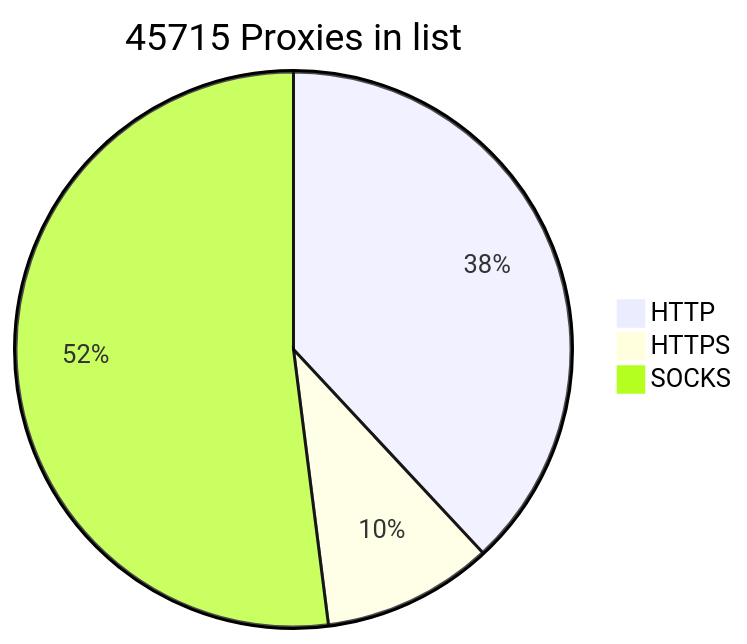
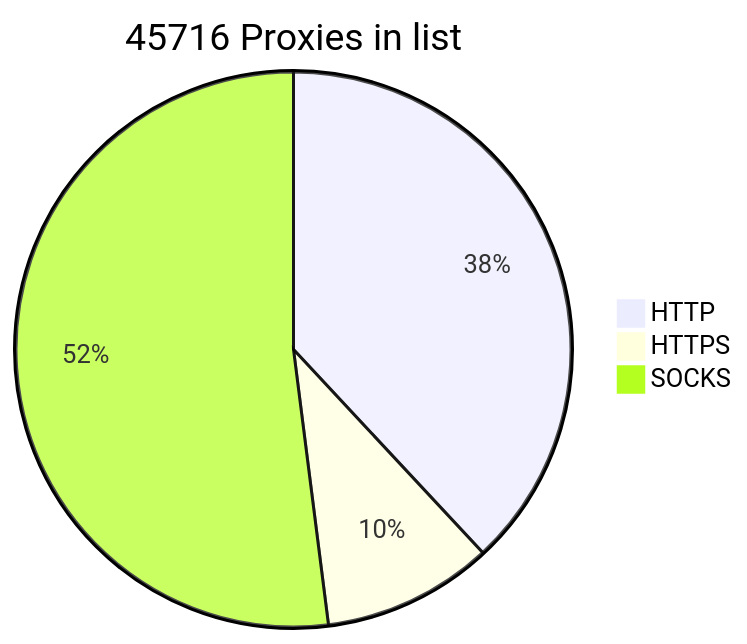
One commit to BlackSnowDot/proxylist-update-every-minute changed the diagram in README.md. Above: the diagram before and after it, drawn with Mermaid.

````diff
--- a/README.md
+++ b/README.md
@@ -2,6 +2,6 @@
 ```mermaid
-pie title 45715 Proxies in list
+pie title 45716 Proxies in list
     "HTTP" : 19012
     "HTTPS": 4957
-    "SOCKS" : 25978
+    "SOCKS" : 25979
 ```
````
